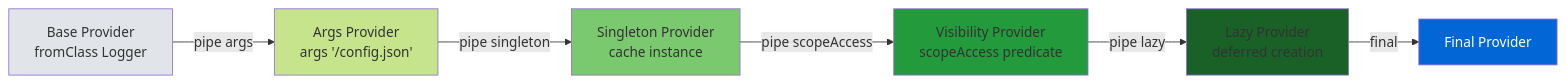
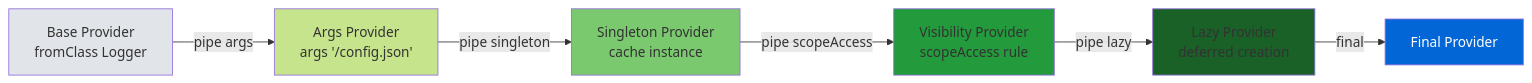
The diagram in docs/src/diagrams/provider-pipeline.mermaid (IgorBabkin/ts-ioc-container), drawn with Mermaid before and after one commit. The commit also changed 17 other files, not shown here.

Commit message:
feat(refactor): update some types - ScopePredicate -> ScopeMatchRule, ScopeAccessFn -> ScopeAccessRule

```diff
--- a/docs/src/diagrams/provider-pipeline.mermaid
+++ b/docs/src/diagrams/provider-pipeline.mermaid
@@ -1,20 +1,20 @@
 graph LR
-    Base[Base Provider<br/>fromClass Logger]
-    Args[Args Provider<br/>args '/config.json']
-    Singleton[Singleton Provider<br/>cache instance]
-    Visibility[Visibility Provider<br/>scopeAccess predicate]
-    Lazy[Lazy Provider<br/>deferred creation]
+    Base["Base Provider<br>fromClass Logger"]
+    Args["Args Provider<br>args '/config.json'"]
+    Singleton["Singleton Provider<br>cache instance"]
+    Visibility["Visibility Provider<br>scopeAccess rule"]
+    Lazy["Lazy Provider<br>deferred creation"]
     
     Base -->|pipe args| Args
     Args -->|pipe singleton| Singleton
     Singleton -->|pipe scopeAccess| Visibility
     Visibility -->|pipe lazy| Lazy
     
-    Lazy -->|final| Final[Final Provider]
+    Lazy -->|final| Final["Final Provider"]
     
     style Base fill:#e1e4e8
     style Args fill:#c6e48b
     style Singleton fill:#7bc96f
     style Visibility fill:#239a3b
     style Lazy fill:#196127
     style Final fill:#0366d6,color:#fff
```
